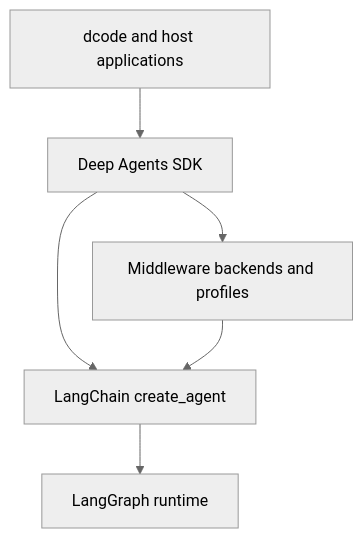
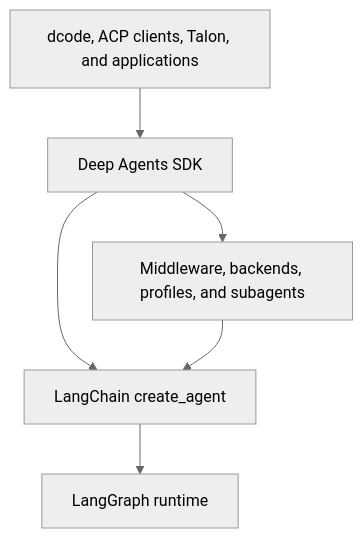
Before and after one commit to langchain-ai/deepagents: the first of 2 diagrams in openwiki/architecture/overview.md, drawn with Mermaid (neutral theme). The commit also changed other lines of this file and 36 other files, not shown here.

````diff
--- a/openwiki/architecture/overview.md
+++ b/openwiki/architecture/overview.md
@@ -53,8 +62,8 @@
 ```mermaid
 flowchart TD
-  Product["dcode and host applications"] --> SDK["Deep Agents SDK"]
-  SDK --> Agent["LangChain create_agent"]
-  Agent --> Runtime["LangGraph runtime"]
-  SDK --> Harness["Middleware backends and profiles"]
-  Harness --> Agent
+  Products["dcode, ACP clients, Talon, and applications"] --> SDK["Deep Agents SDK"]
+  SDK --> LC["LangChain create_agent"]
+  LC --> LG["LangGraph runtime"]
+  SDK --> Harness["Middleware, backends, profiles, and subagents"]
+  Harness --> LC
 ```
````
